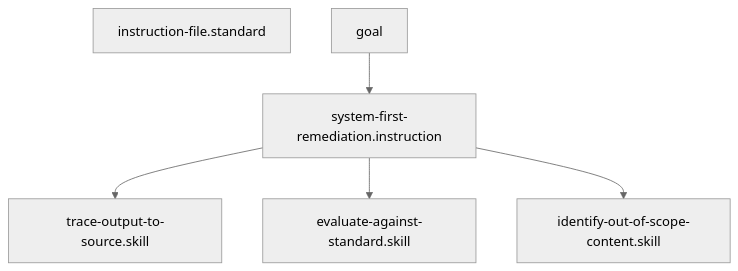
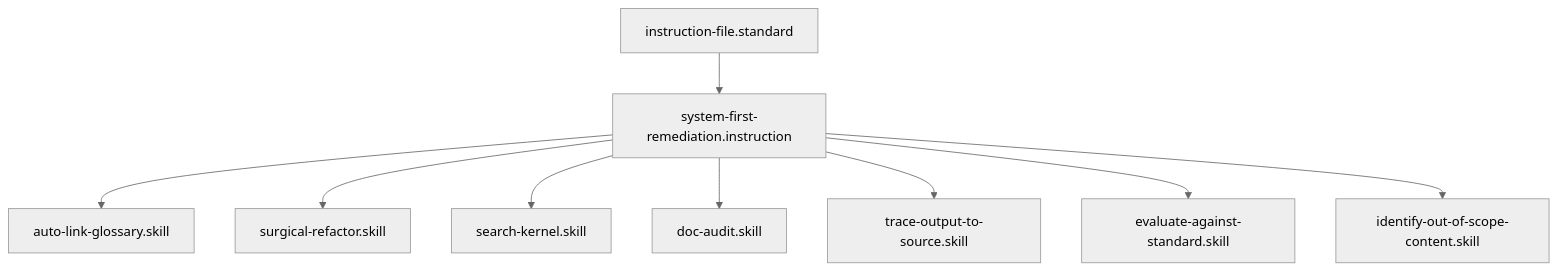
The diagram in instructions/system-first-remediation.instruction.md (Gizmo4Life/ai-kernel), drawn with Mermaid (neutral theme) before and after one commit. The commit also changed 89 other files, not shown here.

````diff
--- a/instructions/system-first-remediation.instruction.md
+++ b/instructions/system-first-remediation.instruction.md
@@ -23,8 +23,11 @@
 ```mermaid
 graph TD
-    instruction-file.standard
-goal --> system-first-remediation.instruction
+    instruction-file.standard --> system-first-remediation.instruction
+    system-first-remediation.instruction --> auto-link-glossary[auto-link-glossary.skill]
+    system-first-remediation.instruction --> surgical-refactor[surgical-refactor.skill]
+    system-first-remediation.instruction --> search-kernel[search-kernel.skill]
+    system-first-remediation.instruction --> doc-audit[doc-audit.skill]
     system-first-remediation.instruction --> trace-output-to-source[trace-output-to-source.skill]
     system-first-remediation.instruction --> evaluate-against-standard[evaluate-against-standard.skill]
     system-first-remediation.instruction --> identify-out-of-scope-content[identify-out-of-scope-content.skill]
 ```
````
